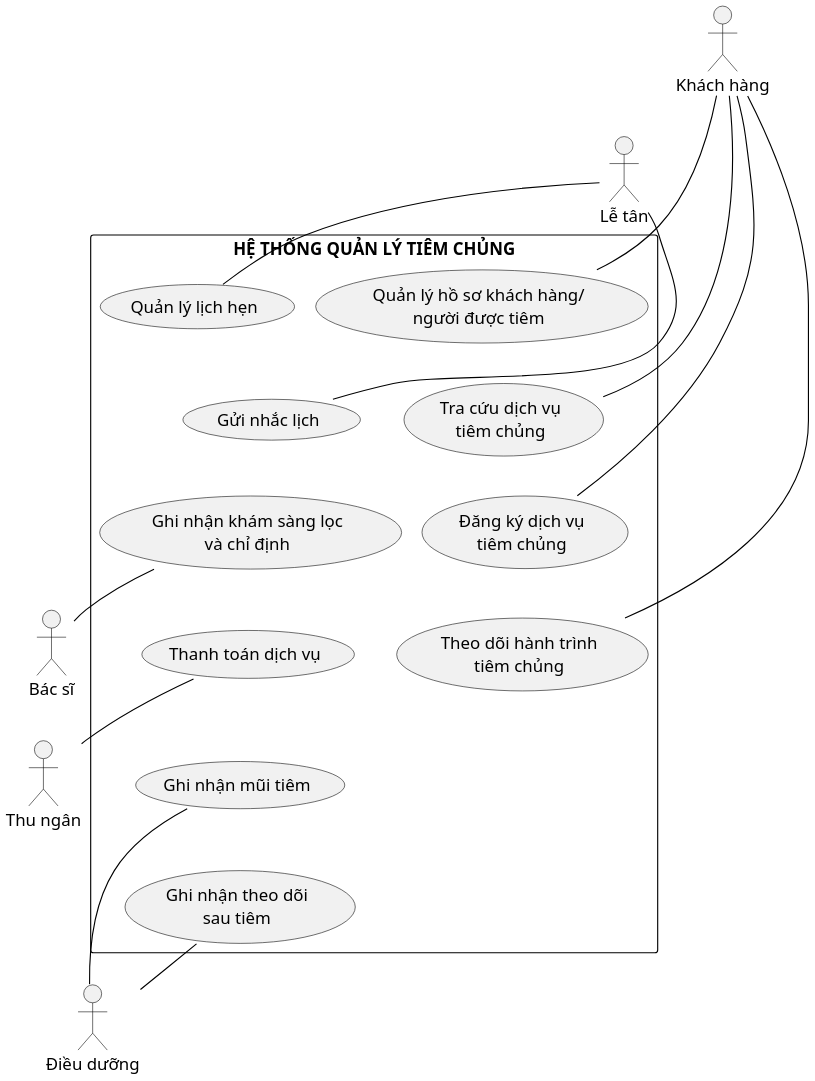
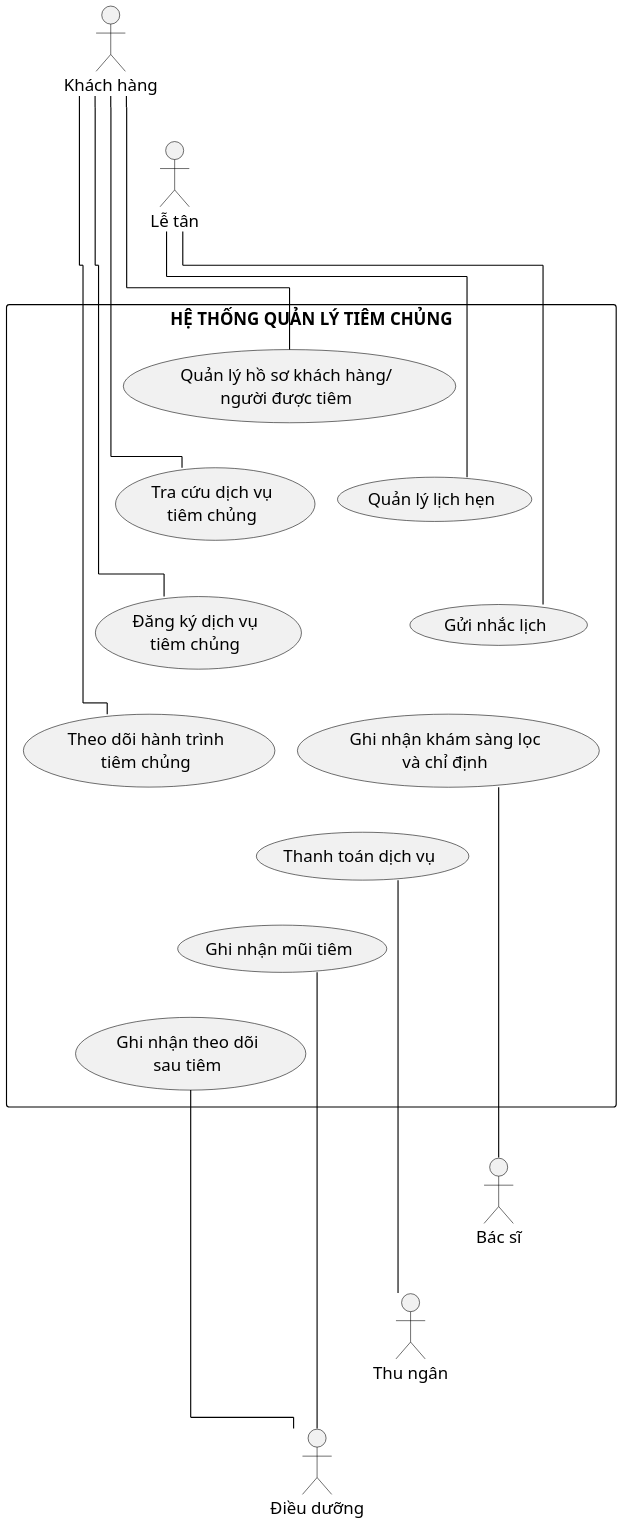
The diagram in docs/thesis/uml/Hinh_2_9_System_Use_Case_Tong_Quan.puml (datngo1203/KLCN-QuanLyTiemChung), drawn with PlantUML before and after one commit.

Commit message:
docs(thesis): try horizontal ELK layout for Hinh 2.9

```diff
--- a/docs/thesis/uml/Hinh_2_9_System_Use_Case_Tong_Quan.puml
+++ b/docs/thesis/uml/Hinh_2_9_System_Use_Case_Tong_Quan.puml
@@ -1,78 +1,78 @@
 @startuml
-!pragma layout smetana
+!pragma layout elk
 ' THESIS-R1 — Hình 2.9 System Use Case summary
 ' One visible symbol per actor. Graphviz polyline routing, no directional association hints.
 skinparam monochrome true
 skinparam shadowing false
 skinparam backgroundColor white
 skinparam defaultFontName "Times New Roman"
 skinparam defaultFontSize 15
 skinparam ArrowColor black
 skinparam ActorBorderColor black
 skinparam UsecaseBorderColor black
 skinparam RectangleBorderColor black
-skinparam linetype polyline
+skinparam linetype ortho
 skinparam nodesep 28
 skinparam ranksep 30
 skinparam dpi 180
 
-top to bottom direction
+left to right direction
 
 actor "Khách hàng" as Customer
 actor "Lễ tân" as Reception
 Customer -[hidden]down- Reception
 
 rectangle "HỆ THỐNG QUẢN LÝ TIÊM CHỦNG" as SystemBoundary {
   usecase "Quản lý hồ sơ khách hàng/\nngười được tiêm" as UC09
   usecase "Quản lý lịch hẹn" as UC12
 
   usecase "Tra cứu dịch vụ\ntiêm chủng" as UC10
   usecase "Gửi nhắc lịch" as UC13
 
   usecase "Đăng ký dịch vụ\ntiêm chủng" as UC11
   usecase "Ghi nhận khám sàng lọc\nvà chỉ định" as UC15
 
   usecase "Theo dõi hành trình\ntiêm chủng" as UC19
   usecase "Thanh toán dịch vụ" as UC16
 
   usecase "Ghi nhận mũi tiêm" as UC17
   usecase "Ghi nhận theo dõi\nsau tiêm" as UC18
 
   ' Two-column semantic-free layout constraints.
   UC09 -[hidden]down- UC10
   UC10 -[hidden]down- UC11
   UC11 -[hidden]down- UC19
 
   UC12 -[hidden]down- UC13
   UC13 -[hidden]down- UC15
   UC15 -[hidden]down- UC16
   UC16 -[hidden]down- UC17
   UC17 -[hidden]down- UC18
 
   UC09 -[hidden]right- UC12
   UC10 -[hidden]right- UC13
   UC11 -[hidden]right- UC15
   UC19 -[hidden]right- UC16
 }
 
 actor "Bác sĩ" as Doctor
 actor "Thu ngân" as Cashier
 actor "Điều dưỡng" as Nurse
 Doctor -[hidden]down- Cashier
 Cashier -[hidden]down- Nurse
 
 ' Primary/representative actor associations only.
 Customer -- UC09
 Customer -- UC10
 Customer -- UC11
 Customer -- UC19
 
 Reception -- UC12
 Reception -- UC13
 
 UC15 -- Doctor
 UC16 -- Cashier
 UC17 -- Nurse
 UC18 -- Nurse
 
 @enduml
```
